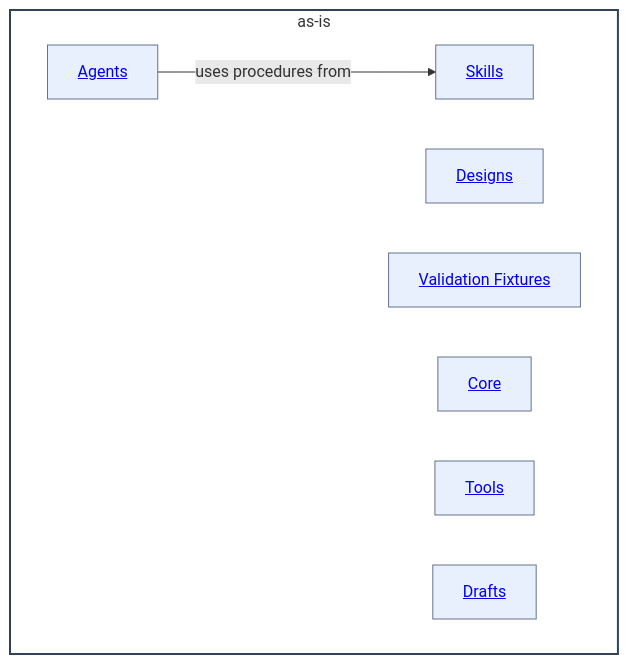
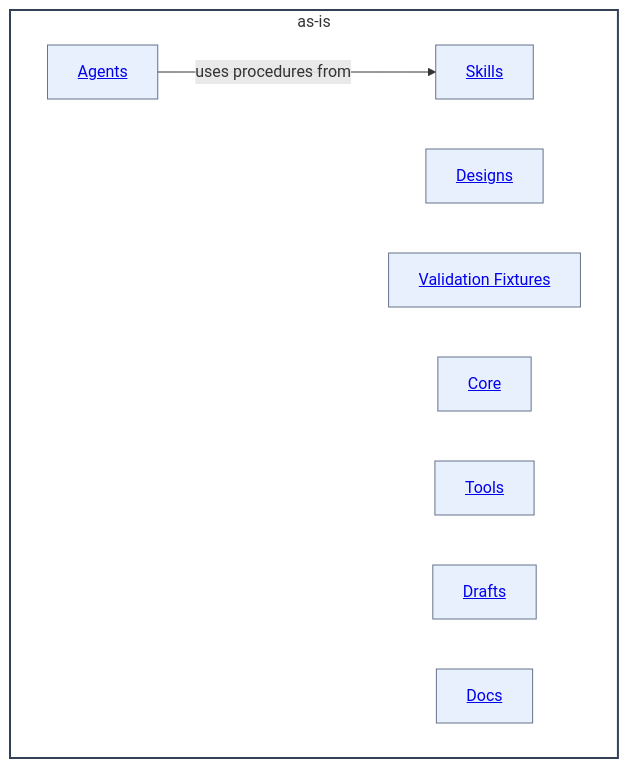
One commit to abstract-business-systems/as-is changed the diagram in as-is.md. Above: the diagram before and after it, drawn with Mermaid. The commit also changed other lines of this file and 3 other files, not shown here.

````diff
--- a/as-is.md
+++ b/as-is.md
@@ -40,19 +41,20 @@
 ```mermaid
 %%{init: {"securityLevel": "loose"}}%%
 flowchart LR
     subgraph Root["as-is"]
         direction LR
         Agents["<a href='./agents/as-is.md#design'>Agents</a>"]
         Designs["<a href='./designs/as-is.md#design'>Designs</a>"]
         Skills["<a href='./skills/as-is.md#design'>Skills</a>"]
         Fixtures["<a href='./validation-fixtures/as-is.md#design'>Validation Fixtures</a>"]
         Core["<a href='./core/as-is.md#design'>Core</a>"]
         Tools["<a href='./tools/as-is.md#design'>Tools</a>"]
         Drafts["<a href='./drafts/as-is.md#design'>Drafts</a>"]
+        Docs["<a href='./docs/as-is.md#design'>Docs</a>"]
         Agents -->|uses procedures from| Skills
     end
     classDef component fill:#f8fafc,fill-opacity:0.1,stroke:#334155,stroke-width:2px
     classDef child fill:#2563eb,fill-opacity:0.1,stroke:#64748b,stroke-width:1px
     class Root component
-    class Agents,Designs,Skills,Fixtures,Core,Tools,Drafts child
+    class Agents,Designs,Skills,Fixtures,Core,Tools,Drafts,Docs child
 ```
````
